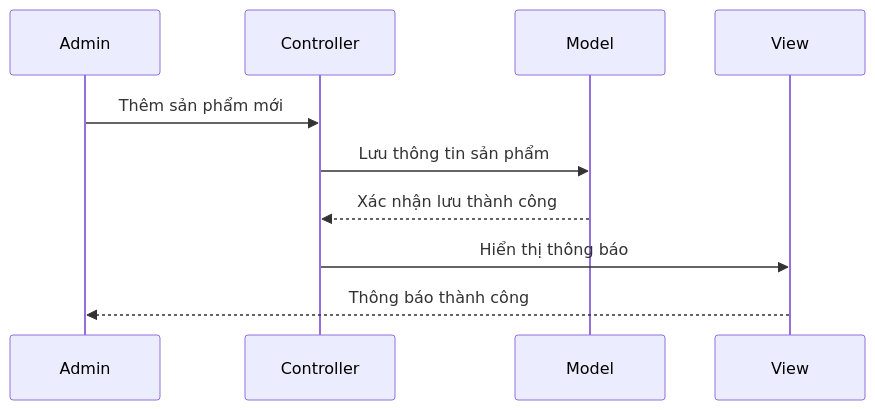
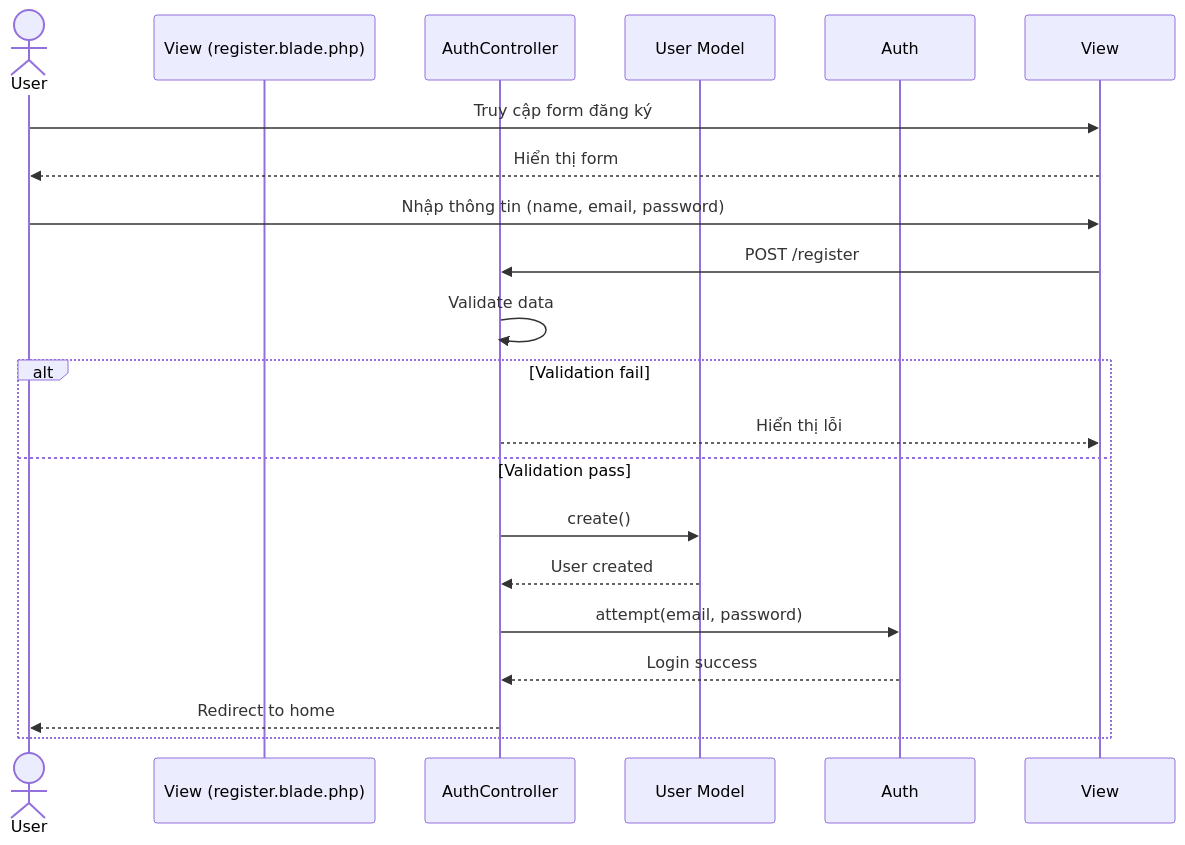
Before and after one commit to xuanmanh-2110/flowershop: the second of 24 diagrams in README.md, drawn with Mermaid. The commit also changed other lines of this file, not shown here.

Commit message:
Add sequence diagrams for user authentication, product management, and order processing in README.md

````diff
--- a/README.md
+++ b/README.md
@@ -499,13 +500,23 @@
 ```mermaid
 sequenceDiagram
-    participant Admin
-    participant Controller
-    participant Model
-    participant View
-    
-    Admin->>Controller: Thêm sản phẩm mới
-    Controller->>Model: Lưu thông tin sản phẩm
-    Model-->>Controller: Xác nhận lưu thành công
-    Controller->>View: Hiển thị thông báo
-    View-->>Admin: Thông báo thành công
+    actor User
+    participant View (register.blade.php)
+    participant AuthController
+    participant User Model
+    participant Auth
+
+    User->>View: Truy cập form đăng ký
+    View-->>User: Hiển thị form
+    User->>View: Nhập thông tin (name, email, password)
+    View->>AuthController: POST /register
+    AuthController->>AuthController: Validate data
+    alt Validation fail
+        AuthController-->>View: Hiển thị lỗi
+    else Validation pass
+        AuthController->>User Model: create()
+        User Model-->>AuthController: User created
+        AuthController->>Auth: attempt(email, password)
+        Auth-->>AuthController: Login success
+        AuthController-->>User: Redirect to home
+    end
 ```
````
